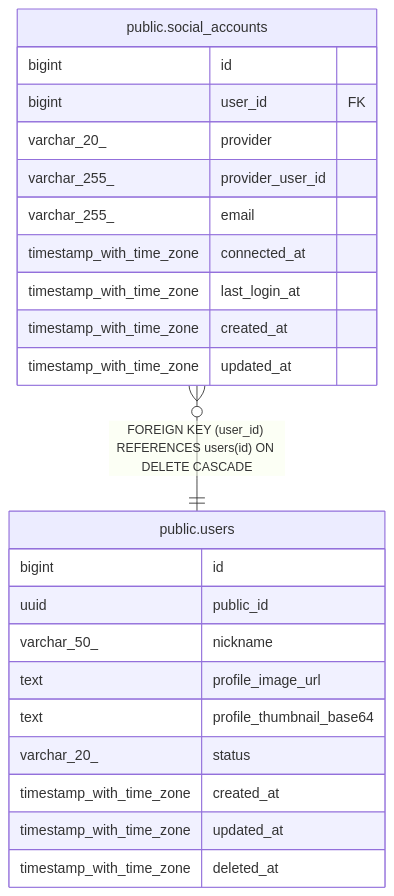
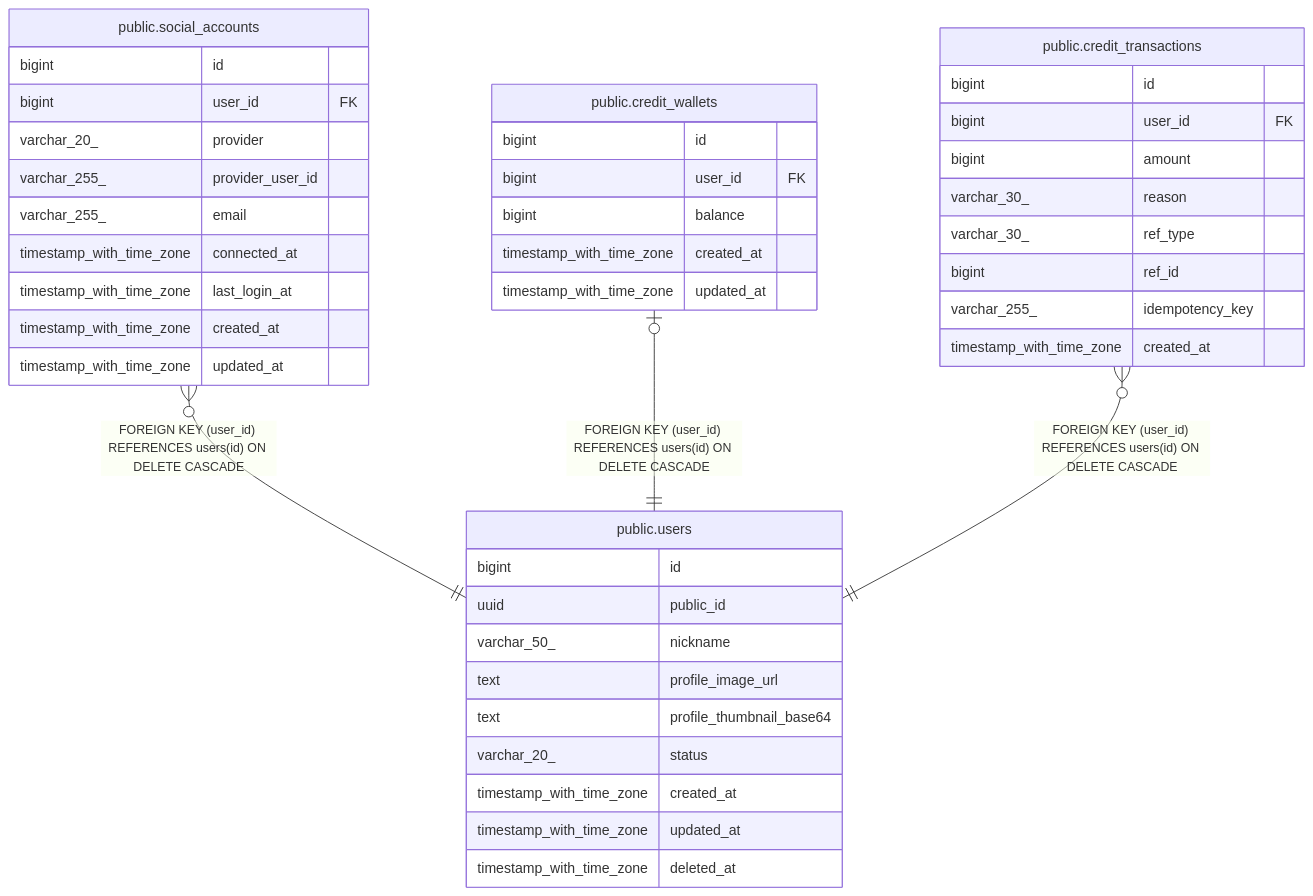
Before and after one commit to KIM-N-KANG/manyak-server: the diagram in dbdoc/public.users.md, drawn with Mermaid. The commit also changed other lines of this file and 12 other files, not shown here.

````diff
--- a/dbdoc/public.users.md
+++ b/dbdoc/public.users.md
@@ -34,28 +34,47 @@
 ```mermaid
 erDiagram
 
 "public.social_accounts" }o--|| "public.users" : "FOREIGN KEY (user_id) REFERENCES users(id) ON DELETE CASCADE"
+"public.credit_wallets" |o--|| "public.users" : "FOREIGN KEY (user_id) REFERENCES users(id) ON DELETE CASCADE"
+"public.credit_transactions" }o--|| "public.users" : "FOREIGN KEY (user_id) REFERENCES users(id) ON DELETE CASCADE"
 
 "public.users" {
   bigint id
   uuid public_id
   varchar_50_ nickname
   text profile_image_url
   text profile_thumbnail_base64
   varchar_20_ status
   timestamp_with_time_zone created_at
   timestamp_with_time_zone updated_at
   timestamp_with_time_zone deleted_at
 }
 "public.social_accounts" {
   bigint id
   bigint user_id FK
   varchar_20_ provider
   varchar_255_ provider_user_id
   varchar_255_ email
   timestamp_with_time_zone connected_at
   timestamp_with_time_zone last_login_at
   timestamp_with_time_zone created_at
   timestamp_with_time_zone updated_at
 }
+"public.credit_wallets" {
+  bigint id
+  bigint user_id FK
+  bigint balance
+  timestamp_with_time_zone created_at
+  timestamp_with_time_zone updated_at
+}
+"public.credit_transactions" {
+  bigint id
+  bigint user_id FK
+  bigint amount
+  varchar_30_ reason
+  varchar_30_ ref_type
+  bigint ref_id
+  varchar_255_ idempotency_key
+  timestamp_with_time_zone created_at
+}
 ```
````
